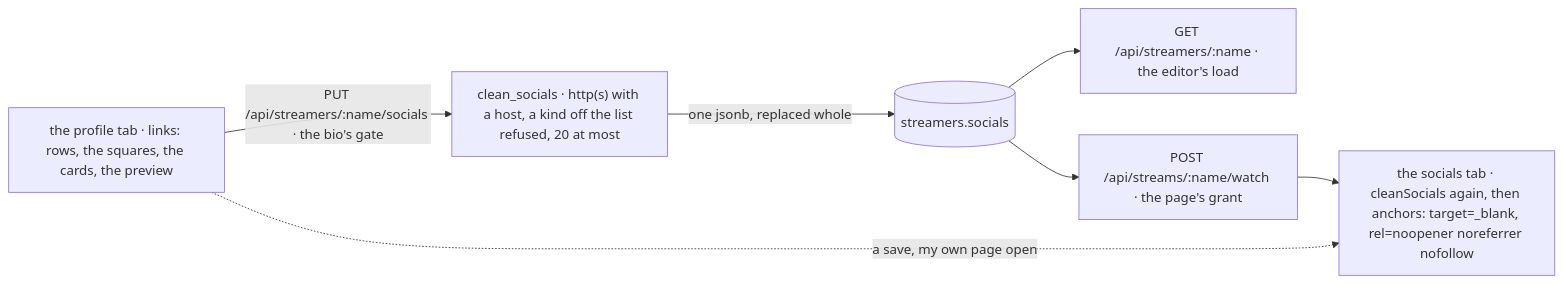
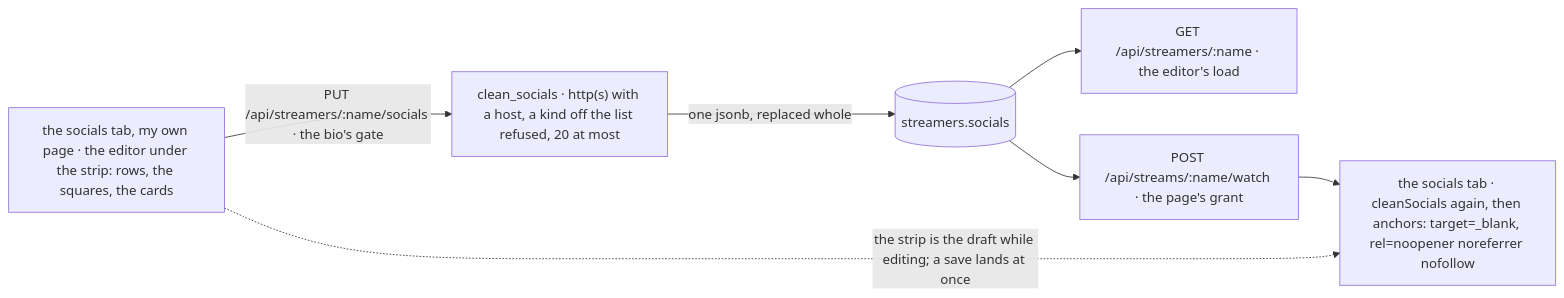
The diagram in docs/socials.md (ZeroNerodaHero/slop-stream-architecture), drawn with Mermaid before and after one commit. The commit also changed other lines of this file and 31 other files, not shown here.

````diff
--- a/docs/socials.md
+++ b/docs/socials.md
@@ -5,9 +5,9 @@
 ```mermaid
 flowchart LR
-  editor["the profile tab · links: rows, the squares, the cards, the preview"] -->|"PUT /api/streamers/:name/socials · the bio's gate"| door["clean_socials · http(s) with a host, a kind off the list refused, 20 at most"]
+  editor["the socials tab, my own page · the editor under the strip: rows, the squares, the cards"] -->|"PUT /api/streamers/:name/socials · the bio's gate"| door["clean_socials · http(s) with a host, a kind off the list refused, 20 at most"]
   door -->|"one jsonb, replaced whole"| row[("streamers.socials")]
   row --> read["GET /api/streamers/:name · the editor's load"]
   row --> grant["POST /api/streams/:name/watch · the page's grant"]
   grant --> tab["the socials tab · cleanSocials again, then anchors: target=_blank, rel=noopener noreferrer nofollow"]
-  editor -.->|"a save, my own page open"| tab
+  editor -.->|"the strip is the draft while editing; a save lands at once"| tab
 ```
````
